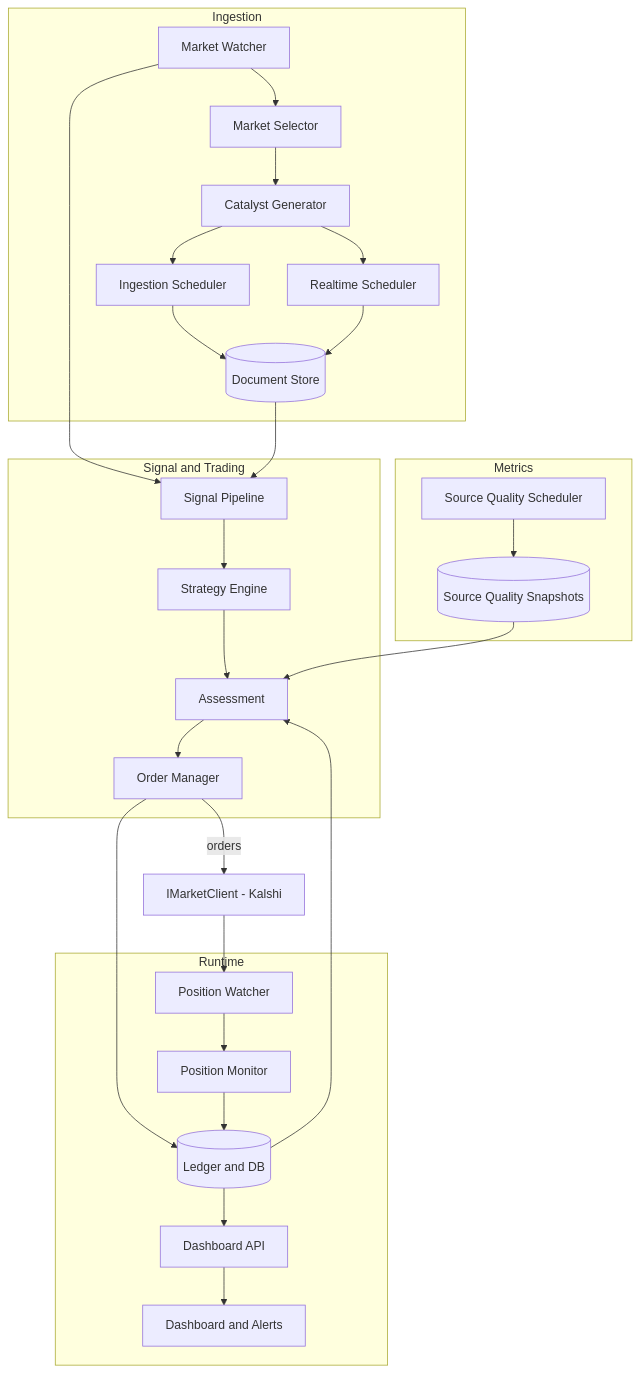
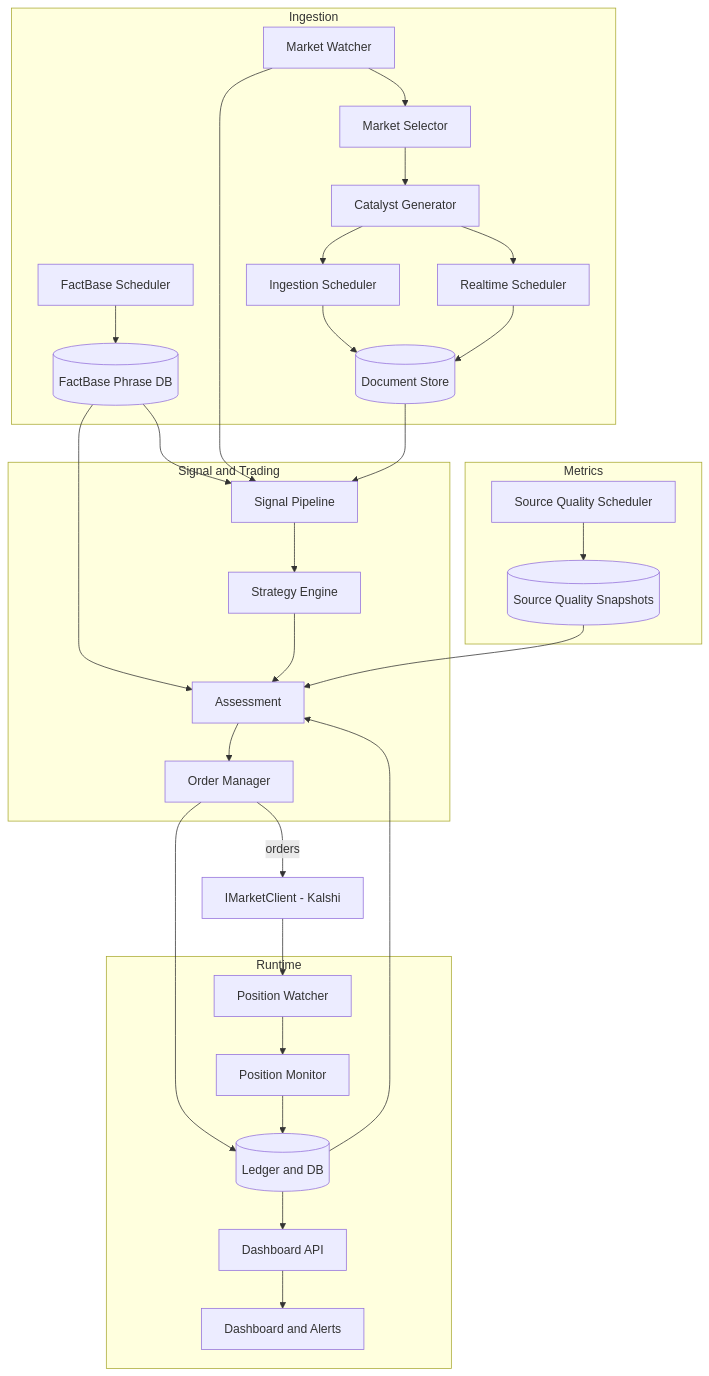
One commit to ostersc/freqpred changed the first of 4 diagrams in SPEC.md. Above: the diagram before and after it, drawn with Mermaid. The commit also changed other lines of this file and 18 other files, not shown here.

First line of the commit message:
feat: T73 FactBase phrase frequency gate + signal enrichment for KXTRUMPSAY

````diff
--- a/SPEC.md
+++ b/SPEC.md
@@ -88,55 +88,60 @@
 ```mermaid
 graph TD
     subgraph Ingestion[Ingestion]
         MW[Market Watcher]
         MS[Market Selector]
         CG[Catalyst Generator]
         IS[Ingestion Scheduler]
         RS[Realtime Scheduler]
+        FB[FactBase Scheduler]
         DS[(Document Store)]
+        FBD[(FactBase Phrase DB)]
     end
 
     subgraph Trading[Signal and Trading]
         SP[Signal Pipeline]
         SE[Strategy Engine]
         AS[Assessment]
         OM[Order Manager]
     end
 
     subgraph Metrics[Metrics]
         SQS[Source Quality Scheduler]
         SQ[(Source Quality Snapshots)]
     end
 
     subgraph Runtime[Runtime]
         PW[Position Watcher]
         PM[Position Monitor]
         L[(Ledger and DB)]
         API[Dashboard API]
         DA[Dashboard and Alerts]
     end
 
     IMC[IMarketClient - Kalshi]
 
     MW --> MS
     MS --> CG
     CG --> IS
     CG --> RS
     IS --> DS
     RS --> DS
+    FB --> FBD
+    FBD --> SP
+    FBD --> AS
     MW --> SP
     DS --> SP
     SP --> SE
     SE --> AS
     SQ --> AS
     L --> AS
     AS --> OM
     OM -->|orders| IMC
     OM --> L
     SQS --> SQ
     IMC --> PW
     PW --> PM
     PM --> L
     L --> API
     API --> DA
 ```
````
